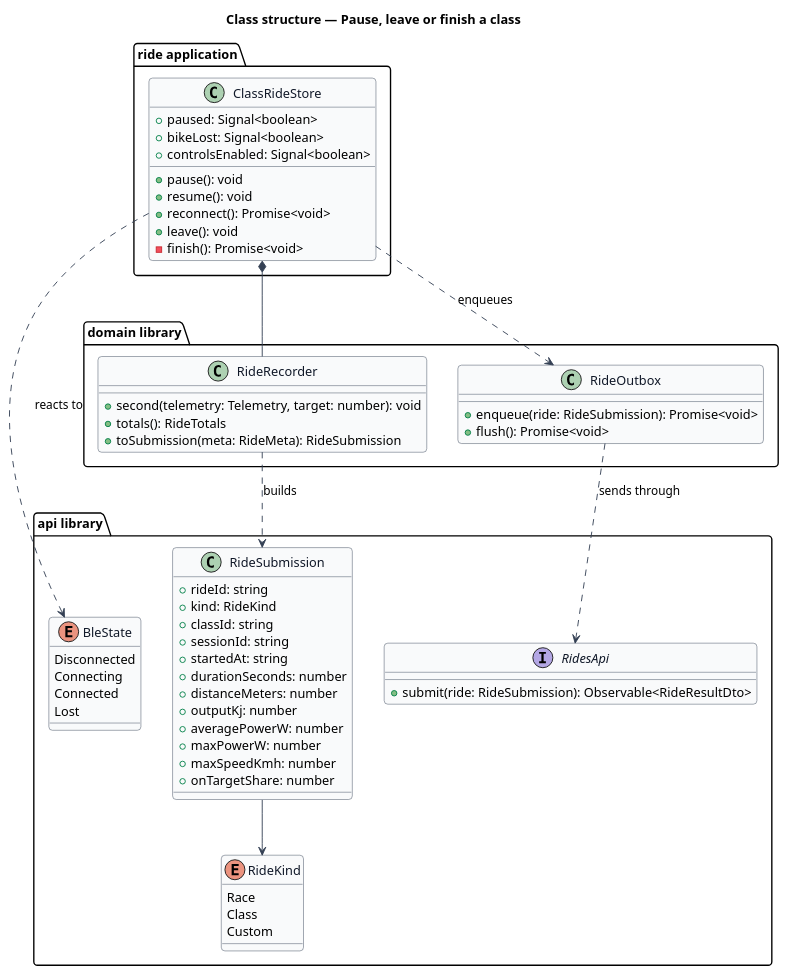
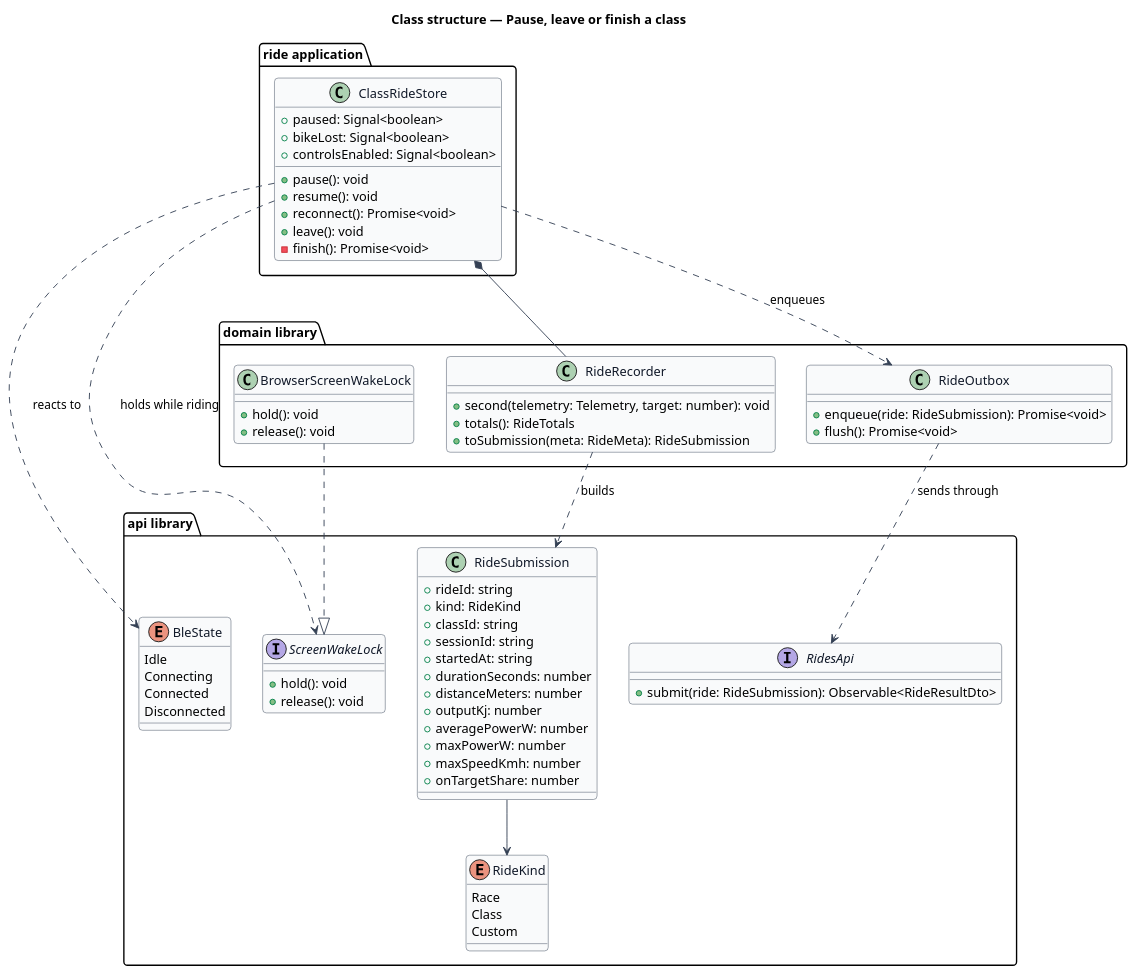
One commit to QuinntyneBrown/ride-one changed the diagram in docs/detailed-designs/classes/pause-leave-or-finish-a-class/diagrams/class-structure.puml. Above: the diagram before and after it, drawn with PlantUML. The commit also changed 14 other files, not shown here.

```diff
--- a/docs/detailed-designs/classes/pause-leave-or-finish-a-class/diagrams/class-structure.puml
+++ b/docs/detailed-designs/classes/pause-leave-or-finish-a-class/diagrams/class-structure.puml
@@ -1,75 +1,85 @@
 @startuml
 ' --- shared skin header ---
 skinparam backgroundColor #FFFFFF
 skinparam shadowing false
 skinparam roundcorner 8
 skinparam defaultFontName Arial
 skinparam ArrowColor #344054
 skinparam class {
   BorderColor #344054
   FontColor #101828
   BackgroundColor #F9FAFB
 }
 ' --------------------------
 title Class structure — Pause, leave or finish a class
 
 package "api library" {
   enum BleState {
-    Disconnected
+    Idle
     Connecting
     Connected
-    Lost
+    Disconnected
+  }
+  interface ScreenWakeLock {
+    +hold(): void
+    +release(): void
   }
   class RideSubmission {
     +rideId: string
     +kind: RideKind
     +classId: string
     +sessionId: string
     +startedAt: string
     +durationSeconds: number
     +distanceMeters: number
     +outputKj: number
     +averagePowerW: number
     +maxPowerW: number
     +maxSpeedKmh: number
     +onTargetShare: number
   }
   enum RideKind {
     Race
     Class
     Custom
   }
   interface RidesApi {
     +submit(ride: RideSubmission): Observable<RideResultDto>
   }
 }
 package "domain library" {
   class RideRecorder {
     +second(telemetry: Telemetry, target: number): void
     +totals(): RideTotals
     +toSubmission(meta: RideMeta): RideSubmission
   }
+  class BrowserScreenWakeLock {
+    +hold(): void
+    +release(): void
+  }
   class RideOutbox {
     +enqueue(ride: RideSubmission): Promise<void>
     +flush(): Promise<void>
   }
 }
 package "ride application" {
   class ClassRideStore {
     +paused: Signal<boolean>
     +bikeLost: Signal<boolean>
     +controlsEnabled: Signal<boolean>
     +pause(): void
     +resume(): void
     +reconnect(): Promise<void>
     +leave(): void
     -finish(): Promise<void>
   }
 }
 ClassRideStore ..> BleState : reacts to
+ClassRideStore ..> ScreenWakeLock : holds while riding
+BrowserScreenWakeLock ..|> ScreenWakeLock
 ClassRideStore *-- RideRecorder
 ClassRideStore ..> RideOutbox : enqueues
 RideRecorder ..> RideSubmission : builds
 RideSubmission --> RideKind
 RideOutbox ..> RidesApi : sends through
 @enduml
```
